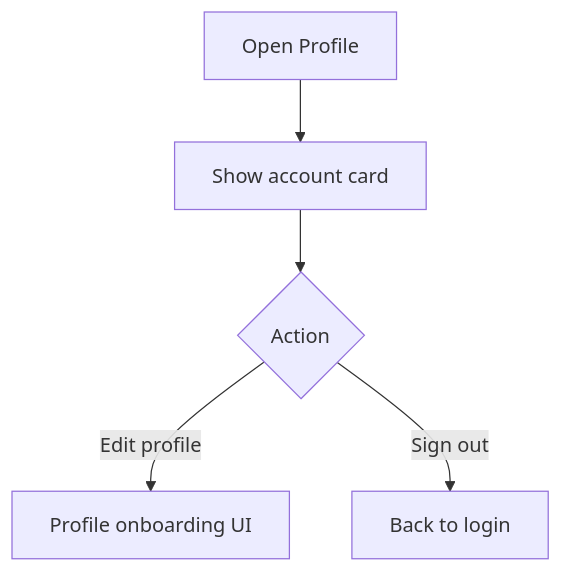
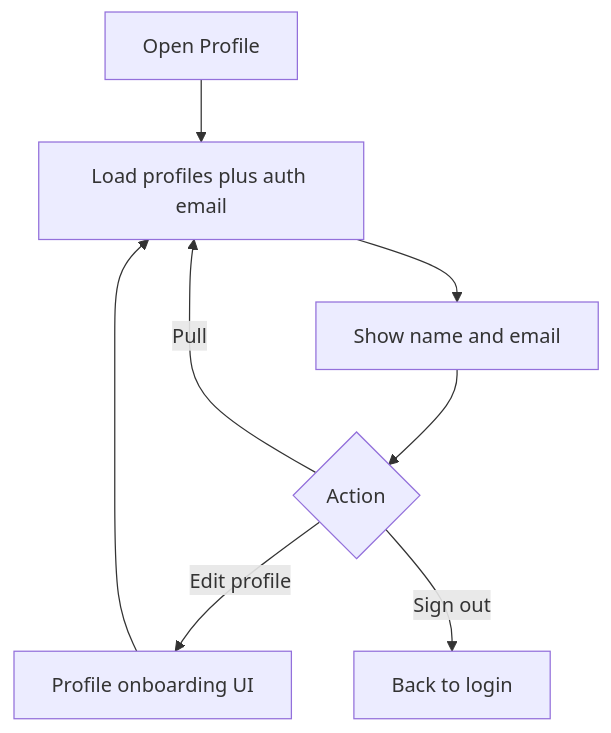
The diagram in docs/pages/profile.md (markjoelalcaraz/SoilGood), drawn with Mermaid before and after one commit. The commit also changed other lines of this file and 104 other files, not shown here.

````diff
--- a/docs/pages/profile.md
+++ b/docs/pages/profile.md
@@ -14,7 +41,10 @@
 ```mermaid
 flowchart TD
-  A[Open Profile] --> B[Show account card]
-  B --> C{Action}
-  C -->|Edit profile| D[Profile onboarding UI]
-  C -->|Sign out| E[Back to login]
+  A[Open Profile] --> B[Load profiles plus auth email]
+  B --> C[Show name and email]
+  C --> D{Action}
+  D -->|Edit profile| E[Profile onboarding UI]
+  E --> B
+  D -->|Pull| B
+  D -->|Sign out| F[Back to login]
 ```
````
